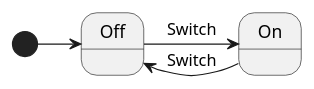
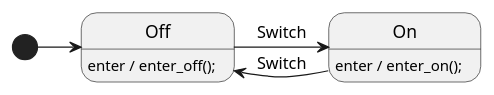
One commit to emmby/statesmith-simplified changed the diagram in docs/languages/lightbulb.puml. Above: the diagram before and after it, drawn with PlantUML. The commit also changed 6 other files, not shown here.

Commit message:
Update JS example to use the JS state machine from your own app.

```diff
--- a/docs/languages/lightbulb.puml
+++ b/docs/languages/lightbulb.puml
@@ -1,5 +1,12 @@
 @startuml lightbulb
 [*] -> Off
 Off -> On : Switch
 On -> Off : Switch
+
+' Event handlers
+' Call functions when we enter various states.
+' You can call these functions whatever you want.
+' You will define these functions in your app.
+Off: enter / enter_off();
+On: enter / enter_on();
 @enduml
```
